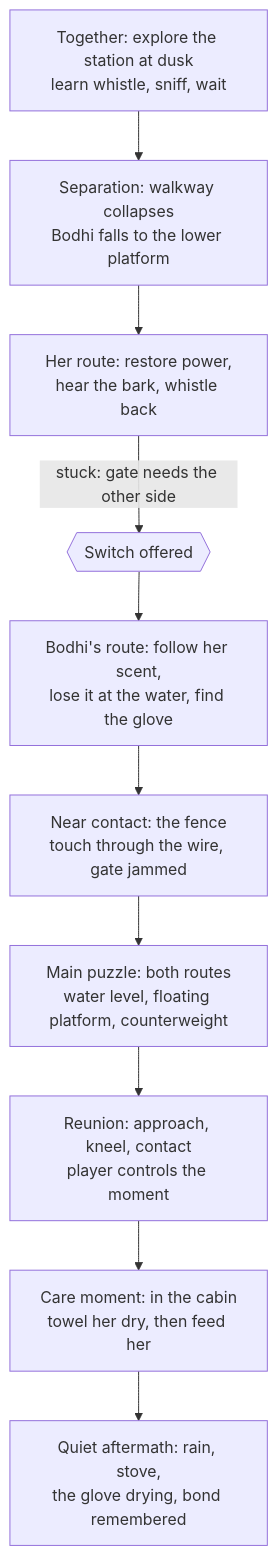
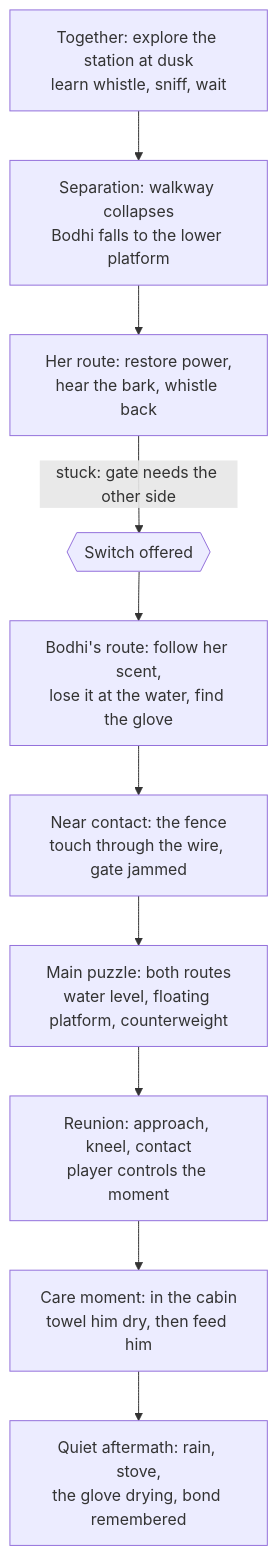
One commit to omega1898/bodhi changed the first of 4 diagrams in docs/unity_rebuild_spec.md. Above: the diagram before and after it, drawn with Mermaid. The commit also changed other lines of this file, not shown here.

Commit message:
Spec: Bodhi is he/him

````diff
--- a/docs/unity_rebuild_spec.md
+++ b/docs/unity_rebuild_spec.md
@@ -76,12 +76,12 @@
 ```mermaid
 flowchart TD
   A[Together: explore the station at dusk<br/>learn whistle, sniff, wait] --> B[Separation: walkway collapses<br/>Bodhi falls to the lower platform]
   B --> C[Her route: restore power,<br/>hear the bark, whistle back]
   C -->|stuck: gate needs the other side| S1{{Switch offered}}
   S1 --> D[Bodhi's route: follow her scent,<br/>lose it at the water, find the glove]
   D --> E[Near contact: the fence<br/>touch through the wire, gate jammed]
   E --> F[Main puzzle: both routes<br/>water level, floating platform, counterweight]
   F --> G[Reunion: approach, kneel, contact<br/>player controls the moment]
-  G --> H[Care moment: in the cabin<br/>towel her dry, then feed her]
+  G --> H[Care moment: in the cabin<br/>towel him dry, then feed him]
   H --> I[Quiet aftermath: rain, stove,<br/>the glove drying, bond remembered]
 ```
````
